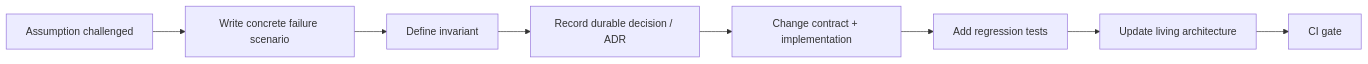
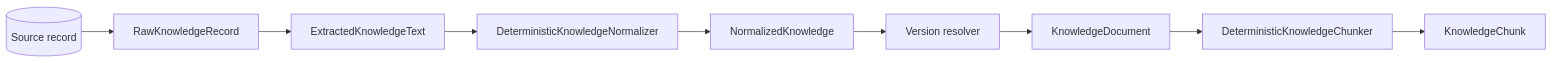
The diagram in docs/architecture/INGESTION_NORMALIZATION.md (kumarchandansingh/tropos), drawn with Mermaid before and after one commit. The commit also changed other lines of this file and 13 other files, not shown here.

````diff
--- a/docs/architecture/INGESTION_NORMALIZATION.md
+++ b/docs/architecture/INGESTION_NORMALIZATION.md
@@ -199,11 +7,12 @@
 ```mermaid
 flowchart LR
-    A[Assumption challenged]
-    --> F[Write concrete failure scenario]
-    --> I[Define invariant]
-    --> D[Record durable decision / ADR]
-    --> C[Change contract + implementation]
-    --> T[Add regression tests]
-    --> L[Update living architecture]
-    --> G[CI gate]
+    S[(Source record)]
+    --> R[RawKnowledgeRecord]
+    --> E[ExtractedKnowledgeText]
+    --> N[DeterministicKnowledgeNormalizer]
+    --> C[NormalizedKnowledge]
+    --> V[Version resolver]
+    --> D[KnowledgeDocument]
+    --> H[DeterministicKnowledgeChunker]
+    --> K[KnowledgeChunk]
 ```
````
